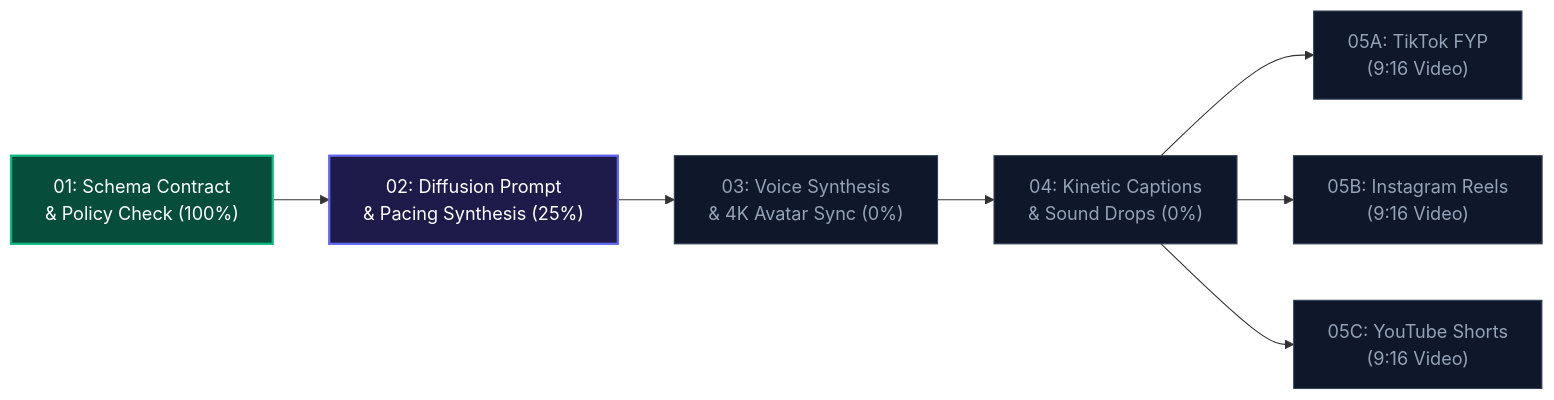
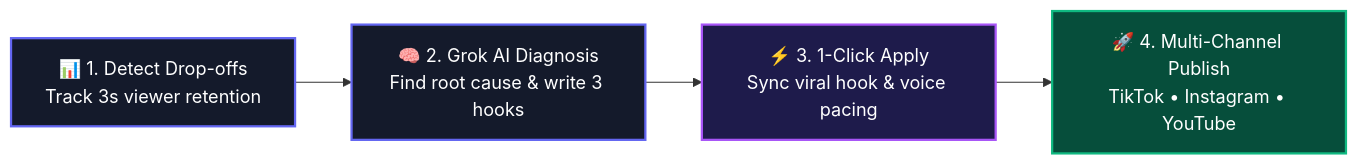
Before and after one commit to PTP063/growth_eng: the diagram in README.md, drawn with Mermaid. The commit also changed other lines of this file, not shown here.

Commit message:
docs: simplify architecture flowchart for crystal-clear readability

````diff
--- a/README.md
+++ b/README.md
@@ -125,17 +26,14 @@
 ```mermaid
-graph LR
-    A["01: Schema Contract\n& Policy Check (100%)"] --> B["02: Diffusion Prompt\n& Pacing Synthesis (25%)"]
-    B --> C["03: Voice Synthesis\n& 4K Avatar Sync (0%)"]
-    C --> D["04: Kinetic Captions\n& Sound Drops (0%)"]
-    D --> E1["05A: TikTok FYP\n(9:16 Video)"]
-    D --> E2["05B: Instagram Reels\n(9:16 Video)"]
-    D --> E3["05C: YouTube Shorts\n(9:16 Video)"]
+flowchart LR
+    A["📊 1. Detect Drop-offs\nTrack 3s viewer retention"] --> B["🧠 2. Grok AI Diagnosis\nFind root cause & write 3 hooks"]
+    B --> C["⚡ 3. 1-Click Apply\nSync viral hook & voice pacing"]
+    C --> D["🚀 4. Multi-Channel Publish\nTikTok • Instagram • YouTube"]
 
-    classDef done fill:#064e3b,stroke:#10b981,stroke-width:2px,color:#fff;
-    classDef inprog fill:#1e1b4b,stroke:#6366f1,stroke-width:2px,color:#fff;
-    classDef queue fill:#0f172a,stroke:#334155,stroke-width:1px,color:#94a3b8;
+    classDef step fill:#141A2B,stroke:#6366f1,stroke-width:2px,color:#fff;
+    classDef highlight fill:#1e1b4b,stroke:#a855f7,stroke-width:2px,color:#fff;
+    classDef success fill:#064e3b,stroke:#10b981,stroke-width:2px,color:#fff;
 
-    class A done;
-    class B inprog;
-    class C,D,E1,E2,E3 queue;
+    class A,B step;
+    class C highlight;
+    class D success;
 ```
````
